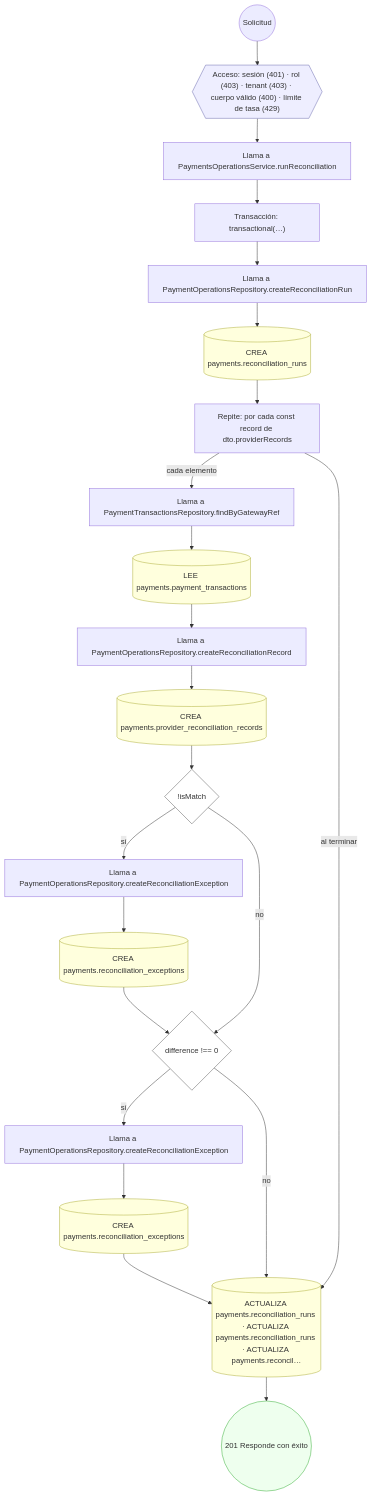
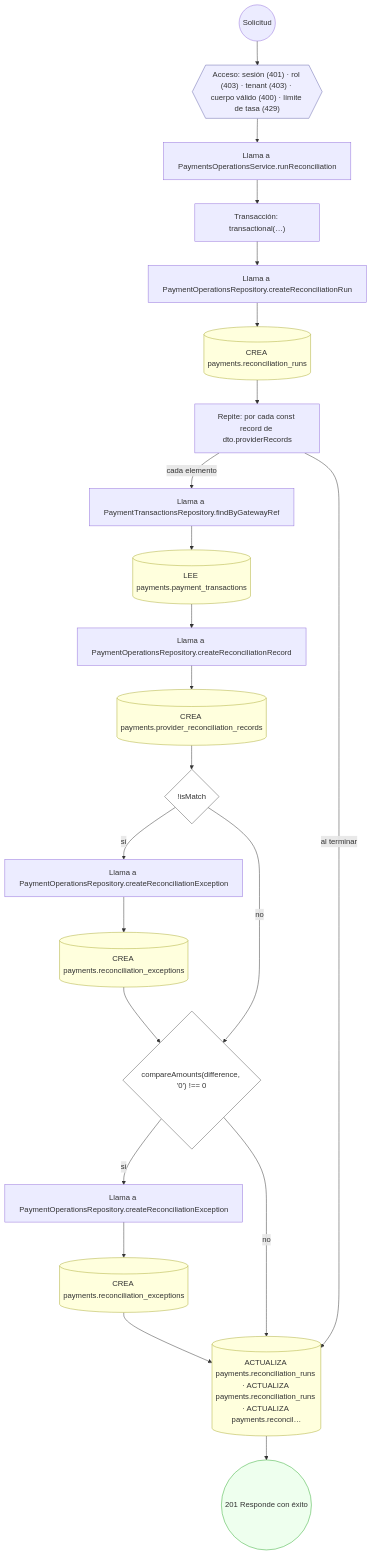
One commit to mdavila-2001/mantra-core-health-api changed diagram 11 of 15 in docs/inventario/flujos/payments.md. Above: the diagram before and after it, drawn with Mermaid. The commit also changed other lines of this file and 438 other files, not shown here.

````diff
--- a/docs/inventario/flujos/payments.md
+++ b/docs/inventario/flujos/payments.md
@@ -751,49 +781,49 @@
 ```mermaid
 flowchart TD
   n1(("Solicitud")):::inicio
   n2{{"Acceso: sesión (401) · rol (403) · tenant (403) · cuerpo válido (400) · límite de tasa (429)"}}:::acceso
   n1 --> n2
   n3["Llama a PaymentsOperationsService.runReconciliation"]:::llamada
   n2 --> n3
   n4["Transacción: transactional(…)"]:::transaccion
   n3 --> n4
   n5["Llama a PaymentOperationsRepository.createReconciliationRun"]:::llamada
   n4 --> n5
   n6[("CREA payments.reconciliation_runs")]:::efecto
   n5 --> n6
   n7["Repite: por cada const record de dto.providerRecords"]:::bucle
   n6 --> n7
   n8["Llama a PaymentTransactionsRepository.findByGatewayRef"]:::llamada
   n7 -->|"cada elemento"| n8
   n9[("LEE payments.payment_transactions")]:::efecto
   n8 --> n9
   n10["Llama a PaymentOperationsRepository.createReconciliationRecord"]:::llamada
   n9 --> n10
   n11[("CREA payments.provider_reconciliation_records")]:::efecto
   n10 --> n11
   n12{"!isMatch"}:::decision
   n11 --> n12
   n13["Llama a PaymentOperationsRepository.createReconciliationException"]:::llamada
   n12 -->|"sí"| n13
   n14[("CREA payments.reconciliation_exceptions")]:::efecto
   n13 --> n14
-  n15{"difference !== 0"}:::decision
+  n15{"compareAmounts(difference, '0') !== 0"}:::decision
   n14 --> n15
   n12 -->|"no"| n15
   n16["Llama a PaymentOperationsRepository.createReconciliationException"]:::llamada
   n15 -->|"sí"| n16
   n17[("CREA payments.reconciliation_exceptions")]:::efecto
   n16 --> n17
   n18[("ACTUALIZA payments.reconciliation_runs · ACTUALIZA payments.reconciliation_runs · ACTUALIZA payments.reconcil…")]:::efecto
   n17 --> n18
   n15 -->|"no"| n18
   n7 -->|"al terminar"| n18
   n19(("201 Responde con éxito")):::ok
   n18 --> n19
   classDef acceso fill:#eef,stroke:#66a
   classDef error fill:#fee,stroke:#c33
   classDef ok fill:#efe,stroke:#3a3
   classDef efecto fill:#ffd,stroke:#aa3
   classDef decision fill:#fff,stroke:#555
   classDef corte fill:#eee,stroke:#999,stroke-dasharray: 4
 ```
````
